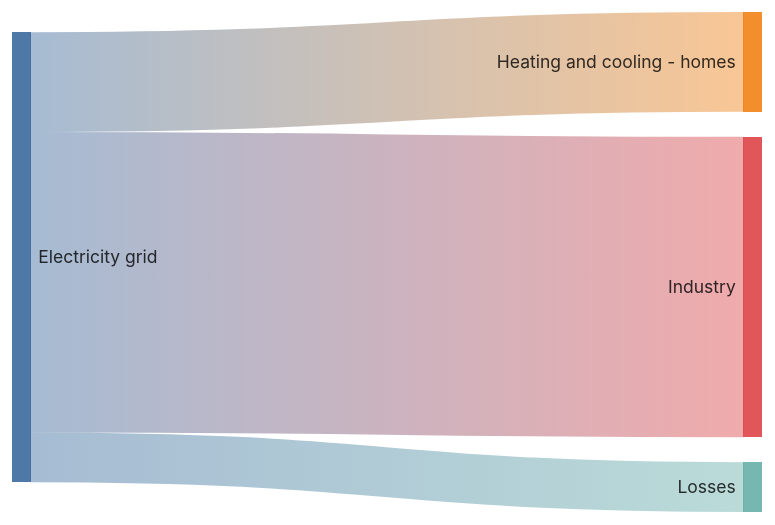
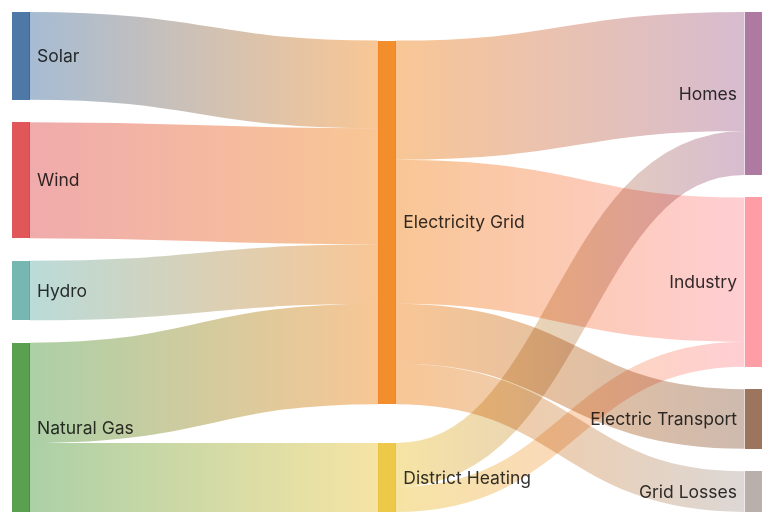
One commit to tkinnis/pele_dart changed the diagram in example/diagrams/02_extended/sankey/showcase/showcase_01.mmd. Above: the diagram before and after it, drawn with Mermaid. The commit also changed 39 other files, not shown here.

```diff
--- a/example/diagrams/02_extended/sankey/showcase/showcase_01.mmd
+++ b/example/diagrams/02_extended/sankey/showcase/showcase_01.mmd
@@ -1,12 +1,20 @@
 ---
 config:
   sankey:
     showValues: false
-    nodeWidth: 15
-    nodePadding: 20
+    nodeWidth: 14
+    nodePadding: 18
 ---
 sankey
 
-Electricity grid,Heating and cooling - homes,113.726
-Electricity grid,Industry,342.165
-Electricity grid,Losses,56.691
+Solar,Electricity Grid,140
+Wind,Electricity Grid,185
+Hydro,Electricity Grid,95
+Natural Gas,Electricity Grid,160
+Natural Gas,District Heating,110
+Electricity Grid,Homes,190
+Electricity Grid,Industry,230
+Electricity Grid,Electric Transport,95
+Electricity Grid,Grid Losses,65
+District Heating,Homes,70
+District Heating,Industry,40
```
